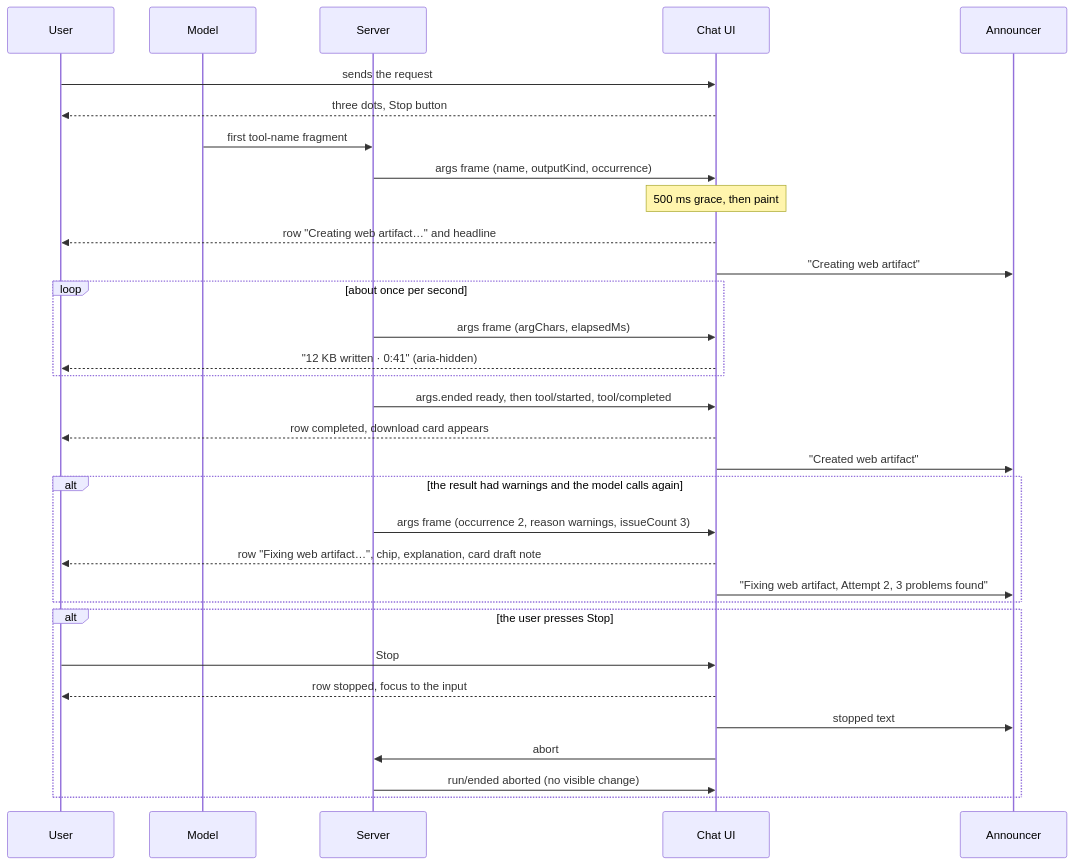
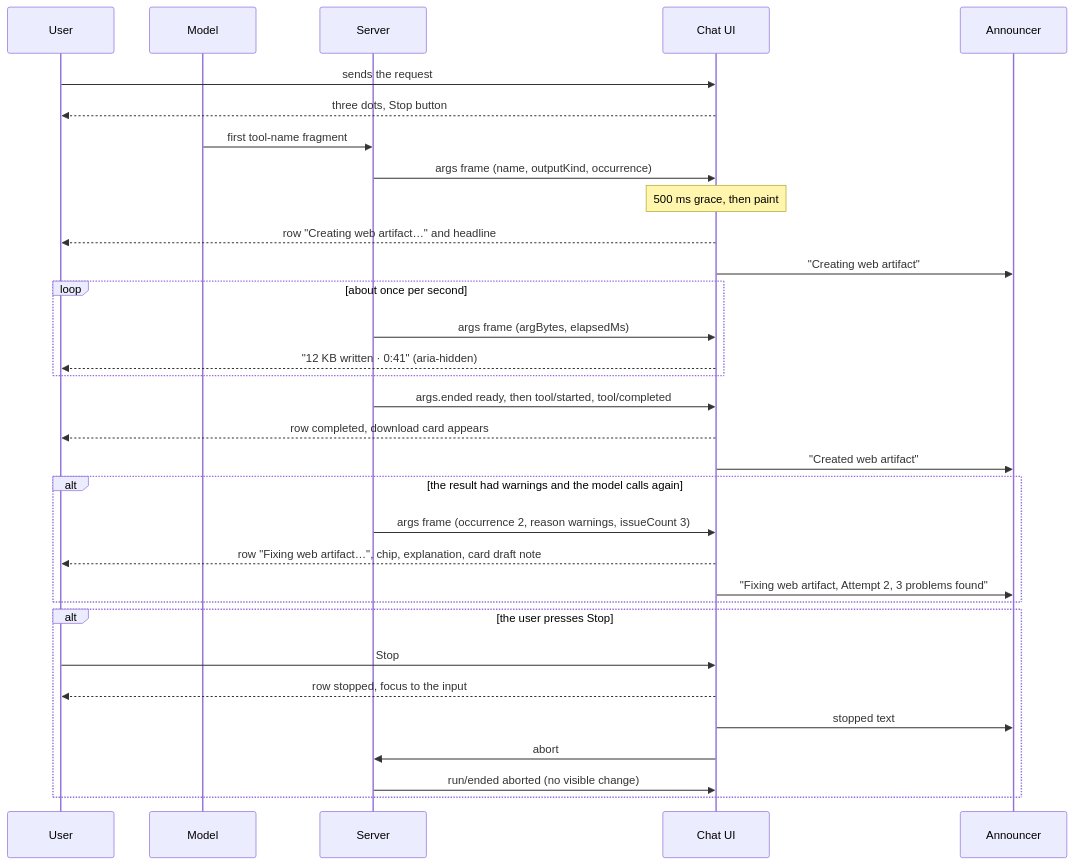
Before and after one commit to intrafind/ihub-apps: the third of 3 diagrams in concepts/2026-11-09 Artifact creation progress/02-ux-brief.md, drawn with Mermaid. The commit also changed other lines of this file and 2 other files, not shown here.

````diff
--- a/concepts/2026-11-09 Artifact creation progress/02-ux-brief.md
+++ b/concepts/2026-11-09 Artifact creation progress/02-ux-brief.md
@@ -695,34 +695,34 @@
 ```mermaid
 sequenceDiagram
     participant U as User
     participant M as Model
     participant S as Server
     participant C as Chat UI
     participant A as Announcer
     U->>C: sends the request
     C-->>U: three dots, Stop button
     M->>S: first tool-name fragment
     S->>C: args frame (name, outputKind, occurrence)
     Note over C: 500 ms grace, then paint
     C-->>U: row "Creating web artifact…" and headline
     C->>A: "Creating web artifact"
     loop about once per second
-        S->>C: args frame (argChars, elapsedMs)
+        S->>C: args frame (argBytes, elapsedMs)
         C-->>U: "12 KB written · 0:41" (aria-hidden)
     end
     S->>C: args.ended ready, then tool/started, tool/completed
     C-->>U: row completed, download card appears
     C->>A: "Created web artifact"
     alt the result had warnings and the model calls again
         S->>C: args frame (occurrence 2, reason warnings, issueCount 3)
         C-->>U: row "Fixing web artifact…", chip, explanation, card draft note
         C->>A: "Fixing web artifact, Attempt 2, 3 problems found"
     end
     alt the user presses Stop
         U->>C: Stop
         C-->>U: row stopped, focus to the input
         C->>A: stopped text
         C->>S: abort
         S->>C: run/ended aborted (no visible change)
     end
 ```
````
